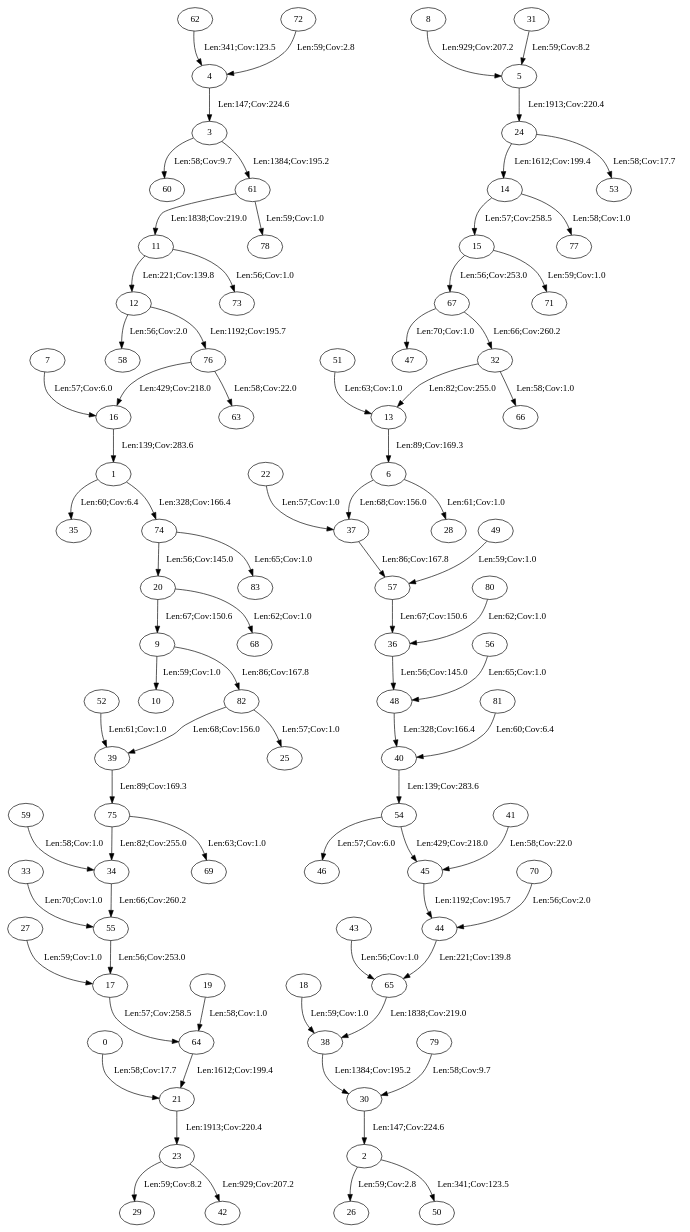
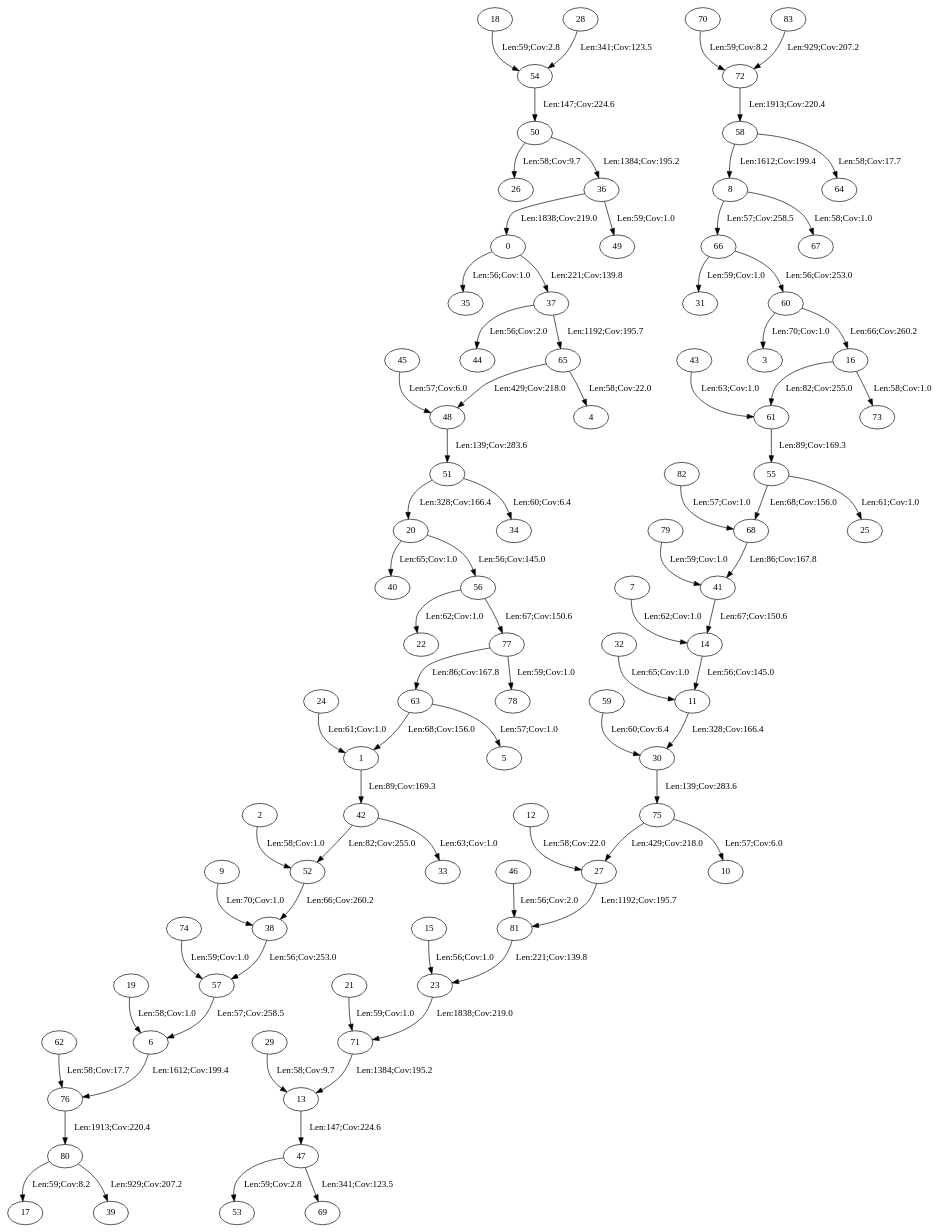
Before and after one commit to ovavulov/BI_NGS21_HW: the diagram in hw_5/results_M/full/graph.dot, drawn with Graphviz. The commit also changed 52 other files, not shown here.

```diff
--- a/hw_5/results_M/full/graph.dot
+++ b/hw_5/results_M/full/graph.dot
@@ -1,168 +1,168 @@
 digraph {
 0;
 1;
 2;
 3;
 4;
 5;
 6;
 7;
 8;
 9;
 10;
 11;
 12;
 13;
 14;
 15;
 16;
 17;
 18;
 19;
 20;
 21;
 22;
 23;
 24;
 25;
 26;
 27;
 28;
 29;
 30;
 31;
 32;
 33;
 34;
 35;
 36;
 37;
 38;
 39;
 40;
 41;
 42;
 43;
 44;
 45;
 46;
 47;
 48;
 49;
 50;
 51;
 52;
 53;
 54;
 55;
 56;
 57;
 58;
 59;
 60;
 61;
 62;
 63;
 64;
 65;
 66;
 67;
 68;
 69;
 70;
 71;
 72;
 73;
 74;
 75;
 76;
 77;
 78;
 79;
 80;
 81;
 82;
 83;
-36 -> 48 [label="Len:56;Cov:145.0"];
-74 -> 20 [label="Len:56;Cov:145.0"];
-15 -> 67 [label="Len:56;Cov:253.0"];
-55 -> 17 [label="Len:56;Cov:253.0"];
-11 -> 73 [label="Len:56;Cov:1.0"];
-12 -> 58 [label="Len:56;Cov:2.0"];
-70 -> 44 [label="Len:56;Cov:2.0"];
-43 -> 65 [label="Len:56;Cov:1.0"];
-17 -> 64 [label="Len:57;Cov:258.5"];
-0 -> 21 [label="Len:58;Cov:17.7"];
-54 -> 46 [label="Len:57;Cov:6.0"];
-7 -> 16 [label="Len:57;Cov:6.0"];
-82 -> 25 [label="Len:57;Cov:1.0"];
-2 -> 26 [label="Len:59;Cov:2.8"];
-31 -> 5 [label="Len:59;Cov:8.2"];
-15 -> 71 [label="Len:59;Cov:1.0"];
-49 -> 57 [label="Len:59;Cov:1.0"];
-59 -> 34 [label="Len:58;Cov:1.0"];
-19 -> 64 [label="Len:58;Cov:1.0"];
-3 -> 60 [label="Len:58;Cov:9.7"];
-1 -> 35 [label="Len:60;Cov:6.4"];
-23 -> 29 [label="Len:59;Cov:8.2"];
-75 -> 69 [label="Len:63;Cov:1.0"];
-32 -> 66 [label="Len:58;Cov:1.0"];
-9 -> 10 [label="Len:59;Cov:1.0"];
-22 -> 37 [label="Len:57;Cov:1.0"];
-24 -> 53 [label="Len:58;Cov:17.7"];
-81 -> 40 [label="Len:60;Cov:6.4"];
-61 -> 78 [label="Len:59;Cov:1.0"];
-41 -> 45 [label="Len:58;Cov:22.0"];
-32 -> 13 [label="Len:82;Cov:255.0"];
-56 -> 48 [label="Len:65;Cov:1.0"];
-13 -> 6 [label="Len:89;Cov:169.3"];
-18 -> 38 [label="Len:59;Cov:1.0"];
-67 -> 47 [label="Len:70;Cov:1.0"];
-76 -> 63 [label="Len:58;Cov:22.0"];
-51 -> 13 [label="Len:63;Cov:1.0"];
-14 -> 15 [label="Len:57;Cov:258.5"];
-79 -> 30 [label="Len:58;Cov:9.7"];
-80 -> 36 [label="Len:62;Cov:1.0"];
-6 -> 28 [label="Len:61;Cov:1.0"];
-37 -> 57 [label="Len:86;Cov:167.8"];
-30 -> 2 [label="Len:147;Cov:224.6"];
-20 -> 68 [label="Len:62;Cov:1.0"];
-52 -> 39 [label="Len:61;Cov:1.0"];
-27 -> 17 [label="Len:59;Cov:1.0"];
-75 -> 34 [label="Len:82;Cov:255.0"];
-14 -> 77 [label="Len:58;Cov:1.0"];
-82 -> 39 [label="Len:68;Cov:156.0"];
-67 -> 32 [label="Len:66;Cov:260.2"];
-33 -> 55 [label="Len:70;Cov:1.0"];
-20 -> 9 [label="Len:67;Cov:150.6"];
-39 -> 75 [label="Len:89;Cov:169.3"];
-16 -> 1 [label="Len:139;Cov:283.6"];
-34 -> 55 [label="Len:66;Cov:260.2"];
-57 -> 36 [label="Len:67;Cov:150.6"];
-11 -> 12 [label="Len:221;Cov:139.8"];
-44 -> 65 [label="Len:221;Cov:139.8"];
-40 -> 54 [label="Len:139;Cov:283.6"];
-9 -> 82 [label="Len:86;Cov:167.8"];
-12 -> 76 [label="Len:1192;Cov:195.7"];
-54 -> 45 [label="Len:429;Cov:218.0"];
-4 -> 3 [label="Len:147;Cov:224.6"];
-74 -> 83 [label="Len:65;Cov:1.0"];
-6 -> 37 [label="Len:68;Cov:156.0"];
-72 -> 4 [label="Len:59;Cov:2.8"];
-23 -> 42 [label="Len:929;Cov:207.2"];
-1 -> 74 [label="Len:328;Cov:166.4"];
-3 -> 61 [label="Len:1384;Cov:195.2"];
-5 -> 24 [label="Len:1913;Cov:220.4"];
-21 -> 23 [label="Len:1913;Cov:220.4"];
-62 -> 4 [label="Len:341;Cov:123.5"];
-45 -> 44 [label="Len:1192;Cov:195.7"];
-2 -> 50 [label="Len:341;Cov:123.5"];
-48 -> 40 [label="Len:328;Cov:166.4"];
-64 -> 21 [label="Len:1612;Cov:199.4"];
-76 -> 16 [label="Len:429;Cov:218.0"];
-24 -> 14 [label="Len:1612;Cov:199.4"];
-38 -> 30 [label="Len:1384;Cov:195.2"];
-65 -> 38 [label="Len:1838;Cov:219.0"];
-61 -> 11 [label="Len:1838;Cov:219.0"];
-8 -> 5 [label="Len:929;Cov:207.2"];
+14 -> 11 [label="Len:56;Cov:145.0"];
+20 -> 56 [label="Len:56;Cov:145.0"];
+66 -> 60 [label="Len:56;Cov:253.0"];
+38 -> 57 [label="Len:56;Cov:253.0"];
+0 -> 35 [label="Len:56;Cov:1.0"];
+37 -> 44 [label="Len:56;Cov:2.0"];
+46 -> 81 [label="Len:56;Cov:2.0"];
+15 -> 23 [label="Len:56;Cov:1.0"];
+63 -> 5 [label="Len:57;Cov:1.0"];
+75 -> 10 [label="Len:57;Cov:6.0"];
+58 -> 64 [label="Len:58;Cov:17.7"];
+80 -> 17 [label="Len:59;Cov:8.2"];
+2 -> 52 [label="Len:58;Cov:1.0"];
+45 -> 48 [label="Len:57;Cov:6.0"];
+82 -> 68 [label="Len:57;Cov:1.0"];
+57 -> 6 [label="Len:57;Cov:258.5"];
+12 -> 27 [label="Len:58;Cov:22.0"];
+29 -> 13 [label="Len:58;Cov:9.7"];
+8 -> 66 [label="Len:57;Cov:258.5"];
+43 -> 61 [label="Len:63;Cov:1.0"];
+62 -> 76 [label="Len:58;Cov:17.7"];
+77 -> 78 [label="Len:59;Cov:1.0"];
+8 -> 67 [label="Len:58;Cov:1.0"];
+19 -> 6 [label="Len:58;Cov:1.0"];
+56 -> 22 [label="Len:62;Cov:1.0"];
+60 -> 16 [label="Len:66;Cov:260.2"];
+66 -> 31 [label="Len:59;Cov:1.0"];
+16 -> 73 [label="Len:58;Cov:1.0"];
+65 -> 4 [label="Len:58;Cov:22.0"];
+20 -> 40 [label="Len:65;Cov:1.0"];
+51 -> 34 [label="Len:60;Cov:6.4"];
+7 -> 14 [label="Len:62;Cov:1.0"];
+59 -> 30 [label="Len:60;Cov:6.4"];
+63 -> 1 [label="Len:68;Cov:156.0"];
+36 -> 49 [label="Len:59;Cov:1.0"];
+42 -> 33 [label="Len:63;Cov:1.0"];
+50 -> 26 [label="Len:58;Cov:9.7"];
+42 -> 52 [label="Len:82;Cov:255.0"];
+77 -> 63 [label="Len:86;Cov:167.8"];
+24 -> 1 [label="Len:61;Cov:1.0"];
+41 -> 14 [label="Len:67;Cov:150.6"];
+55 -> 68 [label="Len:68;Cov:156.0"];
+55 -> 25 [label="Len:61;Cov:1.0"];
+68 -> 41 [label="Len:86;Cov:167.8"];
+79 -> 41 [label="Len:59;Cov:1.0"];
+32 -> 11 [label="Len:65;Cov:1.0"];
+70 -> 72 [label="Len:59;Cov:8.2"];
+16 -> 61 [label="Len:82;Cov:255.0"];
+47 -> 53 [label="Len:59;Cov:2.8"];
+48 -> 51 [label="Len:139;Cov:283.6"];
+18 -> 54 [label="Len:59;Cov:2.8"];
+61 -> 55 [label="Len:89;Cov:169.3"];
+56 -> 77 [label="Len:67;Cov:150.6"];
+9 -> 38 [label="Len:70;Cov:1.0"];
+21 -> 71 [label="Len:59;Cov:1.0"];
+52 -> 38 [label="Len:66;Cov:260.2"];
+0 -> 37 [label="Len:221;Cov:139.8"];
+60 -> 3 [label="Len:70;Cov:1.0"];
+1 -> 42 [label="Len:89;Cov:169.3"];
+13 -> 47 [label="Len:147;Cov:224.6"];
+54 -> 50 [label="Len:147;Cov:224.6"];
+81 -> 23 [label="Len:221;Cov:139.8"];
+11 -> 30 [label="Len:328;Cov:166.4"];
+65 -> 48 [label="Len:429;Cov:218.0"];
+30 -> 75 [label="Len:139;Cov:283.6"];
+80 -> 39 [label="Len:929;Cov:207.2"];
+51 -> 20 [label="Len:328;Cov:166.4"];
+27 -> 81 [label="Len:1192;Cov:195.7"];
+58 -> 8 [label="Len:1612;Cov:199.4"];
+75 -> 27 [label="Len:429;Cov:218.0"];
+83 -> 72 [label="Len:929;Cov:207.2"];
+28 -> 54 [label="Len:341;Cov:123.5"];
+37 -> 65 [label="Len:1192;Cov:195.7"];
+36 -> 0 [label="Len:1838;Cov:219.0"];
+6 -> 76 [label="Len:1612;Cov:199.4"];
+23 -> 71 [label="Len:1838;Cov:219.0"];
+71 -> 13 [label="Len:1384;Cov:195.2"];
+50 -> 36 [label="Len:1384;Cov:195.2"];
+47 -> 69 [label="Len:341;Cov:123.5"];
+74 -> 57 [label="Len:59;Cov:1.0"];
+76 -> 80 [label="Len:1913;Cov:220.4"];
+72 -> 58 [label="Len:1913;Cov:220.4"];
 }
```
